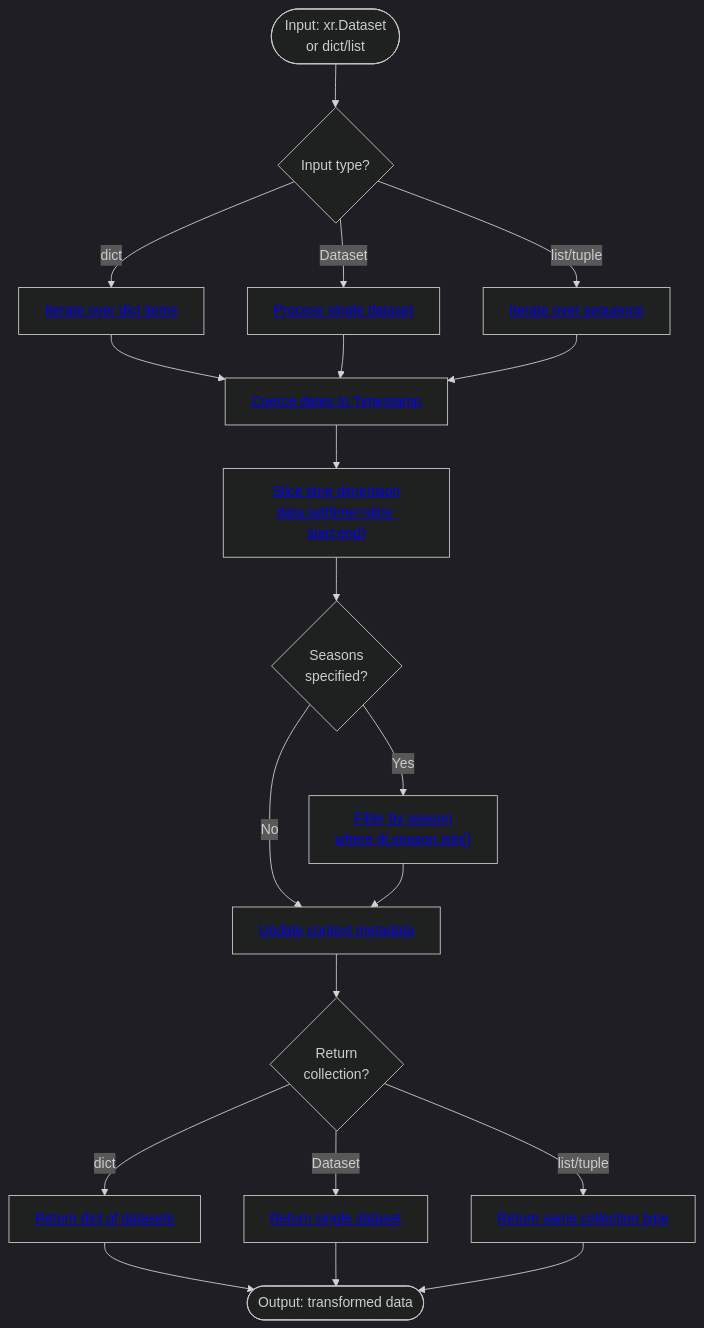
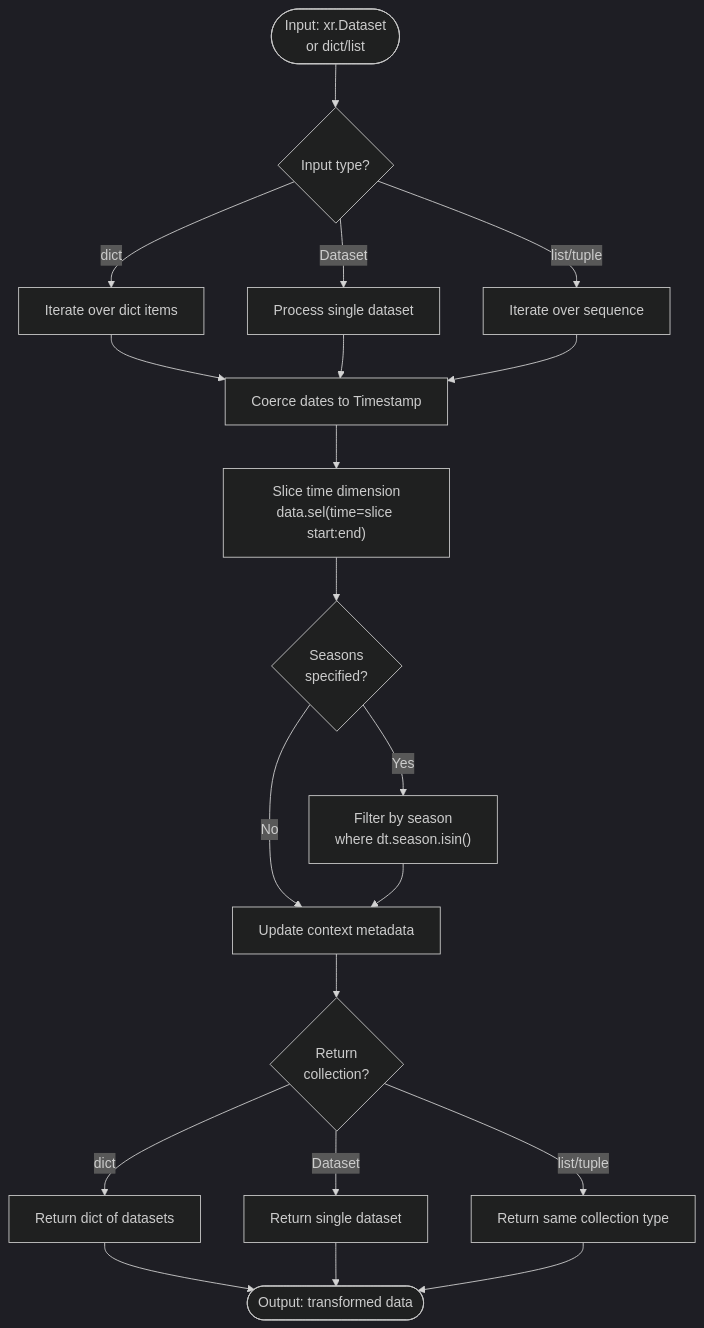
One commit to cal-adapt/climakitae changed the diagram in docs-mkdocs/new-core/processors/time_slice.md. Above: the diagram before and after it, drawn with Mermaid (dark theme). The commit also changed 3 other files, not shown here.

First line of the commit message:
fix(docs): Replace HTML anchor tags with Mermaid click directives in processor flowcharts

````diff
--- a/docs-mkdocs/new-core/processors/time_slice.md
+++ b/docs-mkdocs/new-core/processors/time_slice.md
@@ -9,29 +9,37 @@
 ```mermaid
 flowchart TD
     Start([Input: xr.Dataset<br/>or dict/list]) --> CheckType{Input type?}
     
-    CheckType -->|dict| DictPath["<a href='https://github.com/cal-adapt/climakitae/blob/main/climakitae/new_core/processors/time_slice.py#L73'>Iterate over dict items</a>"]
-    CheckType -->|Dataset| SinglePath["<a href='https://github.com/cal-adapt/climakitae/blob/main/climakitae/new_core/processors/time_slice.py#L82'>Process single dataset</a>"]
-    CheckType -->|list/tuple| ListPath["<a href='https://github.com/cal-adapt/climakitae/blob/main/climakitae/new_core/processors/time_slice.py#L87'>Iterate over sequence</a>"]
+    CheckType -->|dict| DictPath["Iterate over dict items"]
+    CheckType -->|Dataset| SinglePath["Process single dataset"]
+    CheckType -->|list/tuple| ListPath["Iterate over sequence"]
     
-    DictPath --> CoerceTime["<a href='https://github.com/cal-adapt/climakitae/blob/main/climakitae/new_core/processors/time_slice.py#L59'>Coerce dates to Timestamp</a>"]
+    DictPath --> CoerceTime["Coerce dates to Timestamp"]
     SinglePath --> CoerceTime
     ListPath --> CoerceTime
     
-    CoerceTime --> TimeSlice["<a href='https://github.com/cal-adapt/climakitae/blob/main/climakitae/new_core/processors/time_slice.py#L164'>Slice time dimension<br/>data.sel(time=slice start:end)</a>"]
+    CoerceTime --> TimeSlice["Slice time dimension<br/>data.sel(time=slice start:end)"]
     TimeSlice --> HasSeasons{Seasons<br/>specified?}
     
-    HasSeasons -->|Yes| FilterSeasons["<a href='https://github.com/cal-adapt/climakitae/blob/main/climakitae/new_core/processors/time_slice.py#L165'>Filter by season<br/>where dt.season.isin()</a>"]
-    HasSeasons -->|No| UpdateCtx["<a href='https://github.com/cal-adapt/climakitae/blob/main/climakitae/new_core/processors/time_slice.py#L136'>Update context metadata</a>"]
+    HasSeasons -->|Yes| FilterSeasons["Filter by season<br/>where dt.season.isin()"]
+    HasSeasons -->|No| UpdateCtx["Update context metadata"]
     
     FilterSeasons --> UpdateCtx
     UpdateCtx --> Return{Return<br/>collection?}
     
-    Return -->|dict| ReturnDict["<a href='https://github.com/cal-adapt/climakitae/blob/main/climakitae/new_core/processors/time_slice.py#L73'>Return dict of datasets</a>"]
-    Return -->|Dataset| ReturnDS["<a href='https://github.com/cal-adapt/climakitae/blob/main/climakitae/new_core/processors/time_slice.py#L82'>Return single dataset</a>"]
-    Return -->|list/tuple| ReturnList["<a href='https://github.com/cal-adapt/climakitae/blob/main/climakitae/new_core/processors/time_slice.py#L87'>Return same collection type</a>"]
+    Return -->|dict| ReturnDict["Return dict of datasets"]
+    Return -->|Dataset| ReturnDS["Return single dataset"]
+    Return -->|list/tuple| ReturnList["Return same collection type"]
     
     ReturnDict --> End([Output: transformed data])
     ReturnDS --> End
     ReturnList --> End
+    
+    click DictPath "https://github.com/cal-adapt/climakitae/blob/main/climakitae/new_core/processors/time_slice.py#L73" "Iterate over dict items"
+    click SinglePath "https://github.com/cal-adapt/climakitae/blob/main/climakitae/new_core/processors/time_slice.py#L82" "Process single dataset"
+    click ListPath "https://github.com/cal-adapt/climakitae/blob/main/climakitae/new_core/processors/time_slice.py#L87" "Iterate over sequence"
+    click CoerceTime "https://github.com/cal-adapt/climakitae/blob/main/climakitae/new_core/processors/time_slice.py#L59" "Coerce dates to Timestamp"
+    click TimeSlice "https://github.com/cal-adapt/climakitae/blob/main/climakitae/new_core/processors/time_slice.py#L164" "Slice time dimension"
+    click FilterSeasons "https://github.com/cal-adapt/climakitae/blob/main/climakitae/new_core/processors/time_slice.py#L165" "Filter by season"
+    click UpdateCtx "https://github.com/cal-adapt/climakitae/blob/main/climakitae/new_core/processors/time_slice.py#L136" "Update context metadata"
 ```
````
